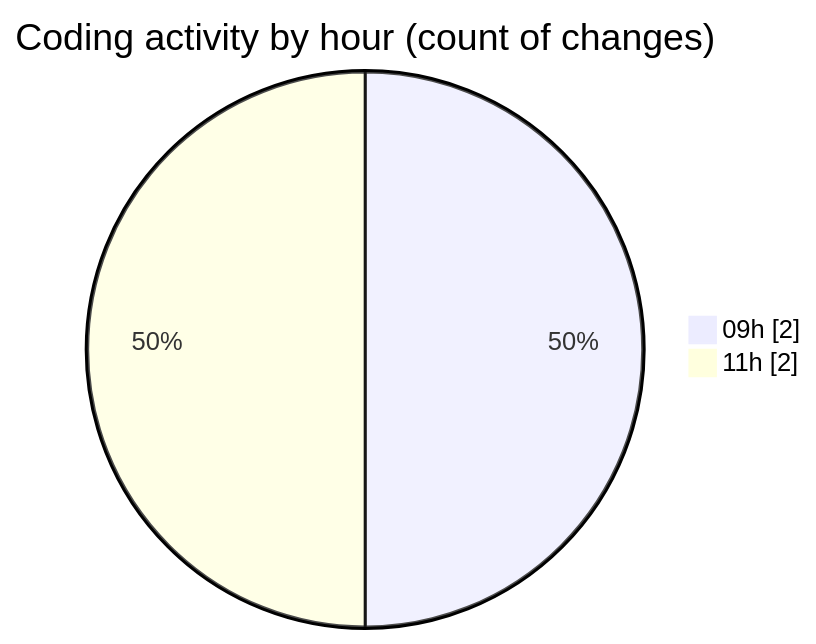
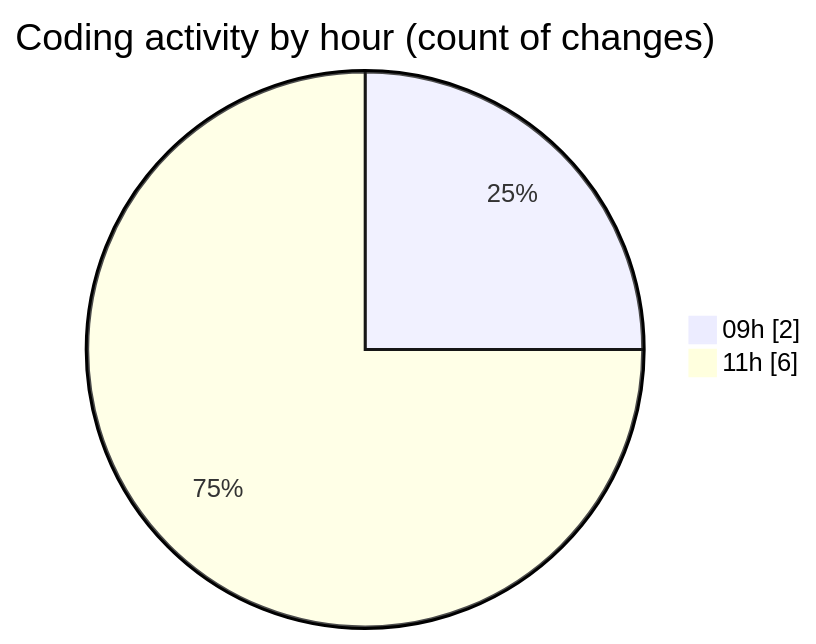
Before and after one commit to vahidmafi/code-tracking: the second of 2 diagrams in 2025-12-22/shop/README.md, drawn with Mermaid. The commit also changed other lines of this file and 1 other file, not shown here.

````diff
--- a/2025-12-22/shop/README.md
+++ b/2025-12-22/shop/README.md
@@ -31,6 +32,6 @@
 ```mermaid
 pie showData
 title Coding activity by hour (count of changes)
 "09h" : 2
-"11h" : 2
+"11h" : 6
 ```
````
